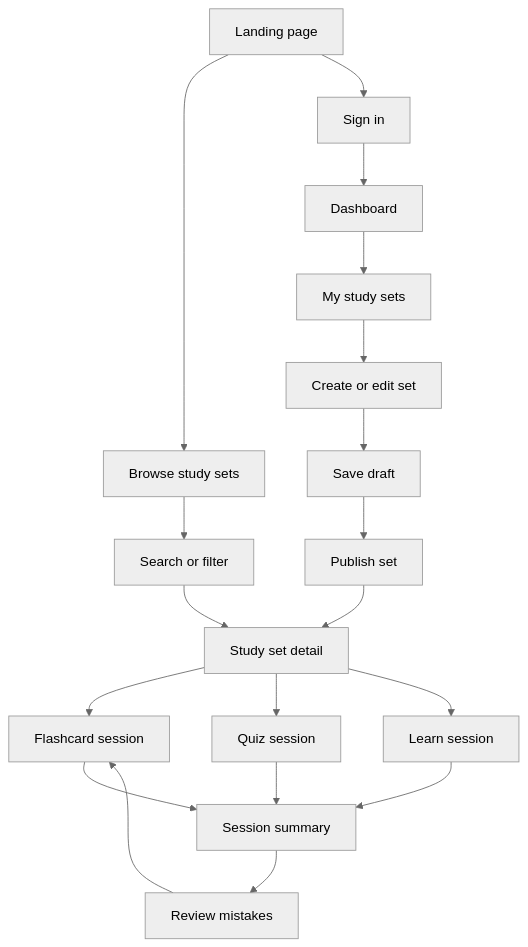
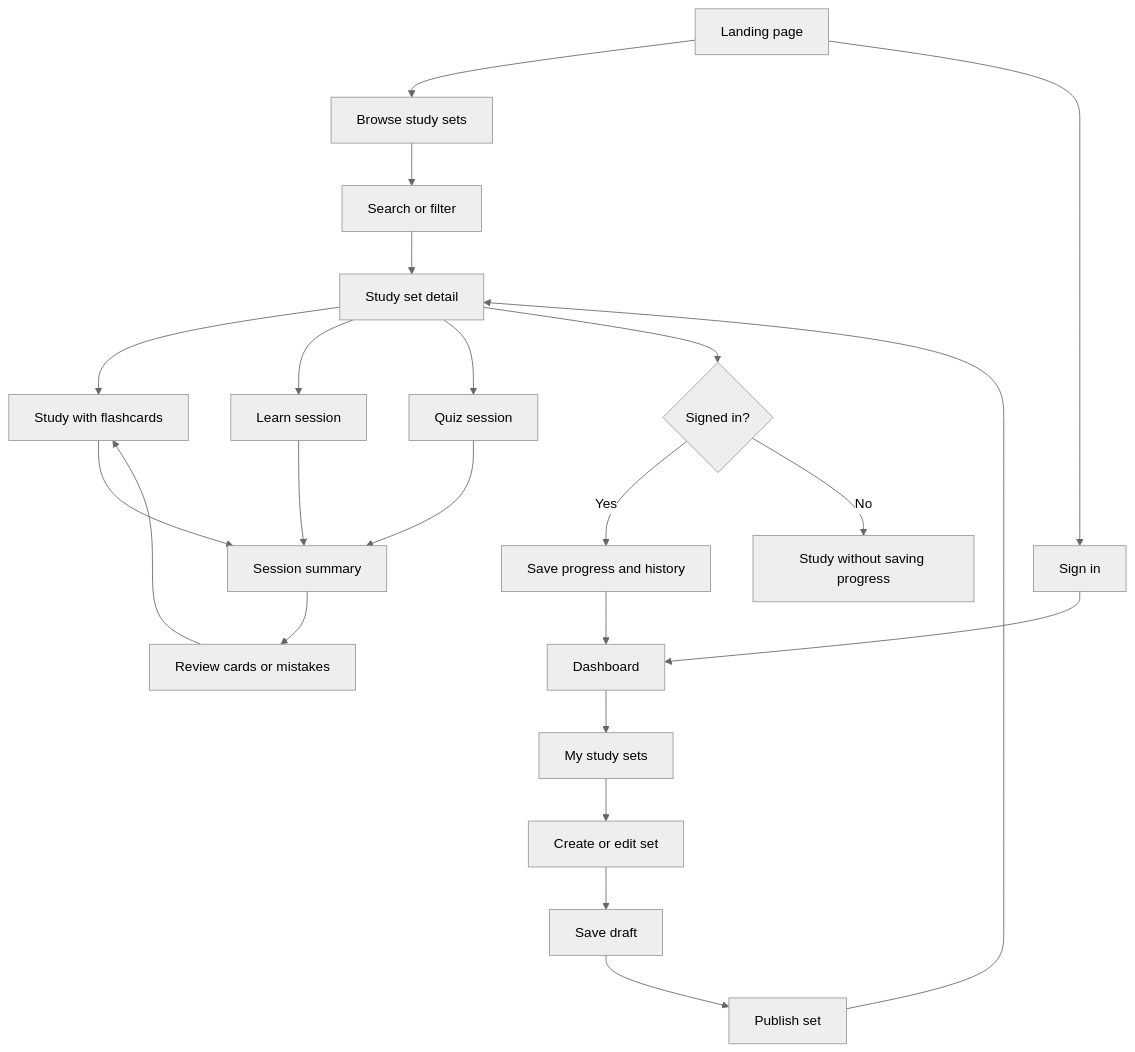
One commit to bashir-muhammad/study-sphere changed the first of 3 diagrams in docs/flow.md. Above: the diagram before and after it, drawn with Mermaid (neutral theme). The commit also changed other lines of this file and 1 other file, not shown here.

Commit message:
chore: update diagram and docs related to user

````diff
--- a/docs/flow.md
+++ b/docs/flow.md
@@ -8,21 +8,25 @@
 ```mermaid
 flowchart TD
     A[Landing page] --> B[Browse study sets]
     B --> C[Search or filter]
     C --> D[Study set detail]
-    D --> E[Flashcard session]
-    D --> F[Quiz session]
-    D --> L2[Learn session]
+    D --> E[Study with flashcards]
+    D --> F[Learn session]
+    D --> Q[Quiz session]
     E --> G[Session summary]
     F --> G
-    L2 --> G
-    G --> H[Review mistakes]
+    Q --> G
+    G --> H[Review cards or mistakes]
     H --> E
+    D --> S{Signed in?}
+    S -->|Yes| P[Save progress and history]
+    S -->|No| T[Study without saving progress]
+    P --> J
     A --> I[Sign in]
     I --> J[Dashboard]
     J --> K[My study sets]
     K --> L[Create or edit set]
     L --> M[Save draft]
     M --> N[Publish set]
     N --> D
 ```
````
